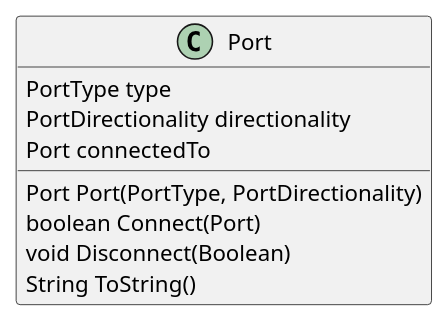
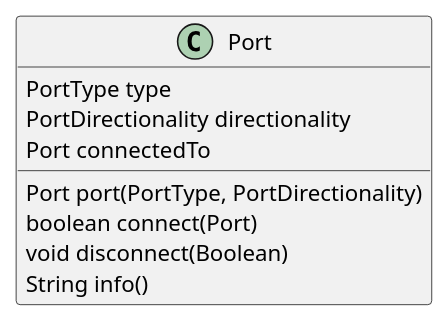
One commit to 101010101010101011010/ObjetSimple changed the diagram in Port.puml. Above: the diagram before and after it, drawn with PlantUML.

Commit message:
NO CAPS edit2

```diff
--- a/Port.puml
+++ b/Port.puml
@@ -1,14 +1,14 @@
 @startuml port
 
 class Port {
   PortType type
   PortDirectionality directionality
   Port connectedTo
 
-  Port Port(PortType, PortDirectionality)
-  boolean Connect(Port)
-  void Disconnect(Boolean)
-  String ToString()
+  Port port(PortType, PortDirectionality)
+  boolean connect(Port)
+  void disconnect(Boolean)
+  String info()
 }
 
 @enduml
```
